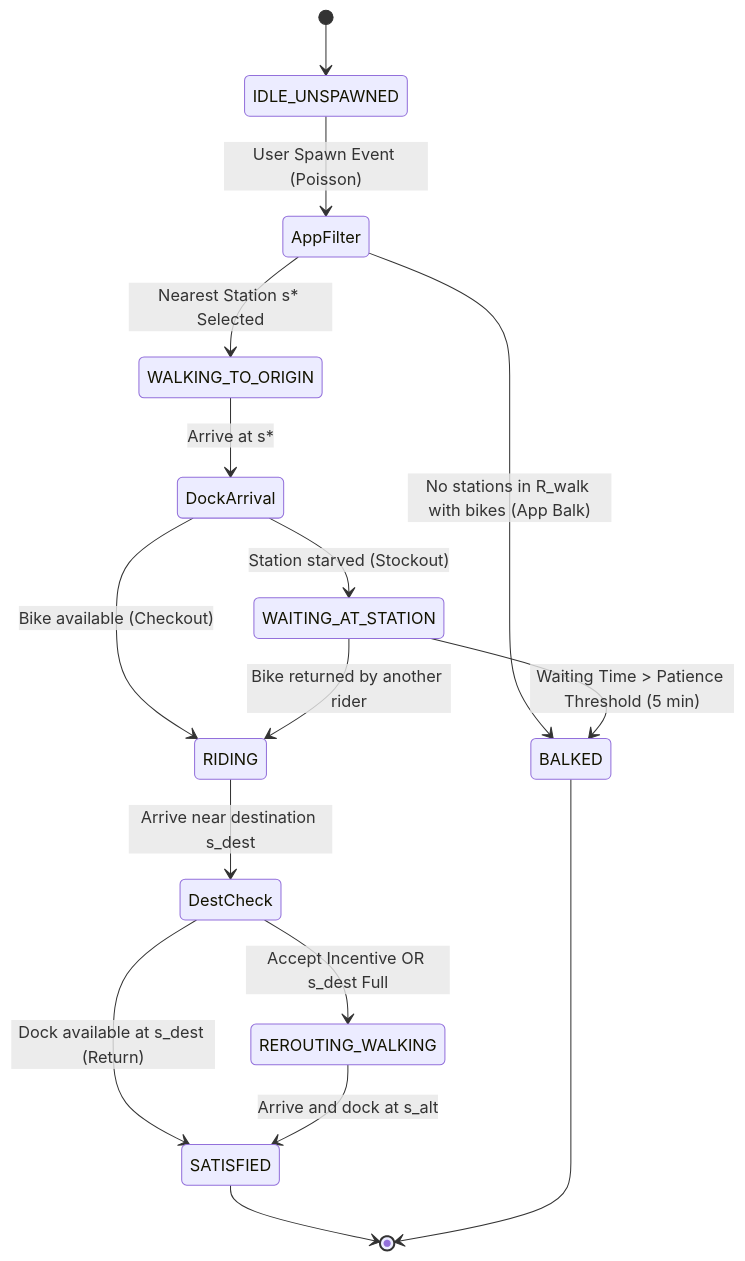
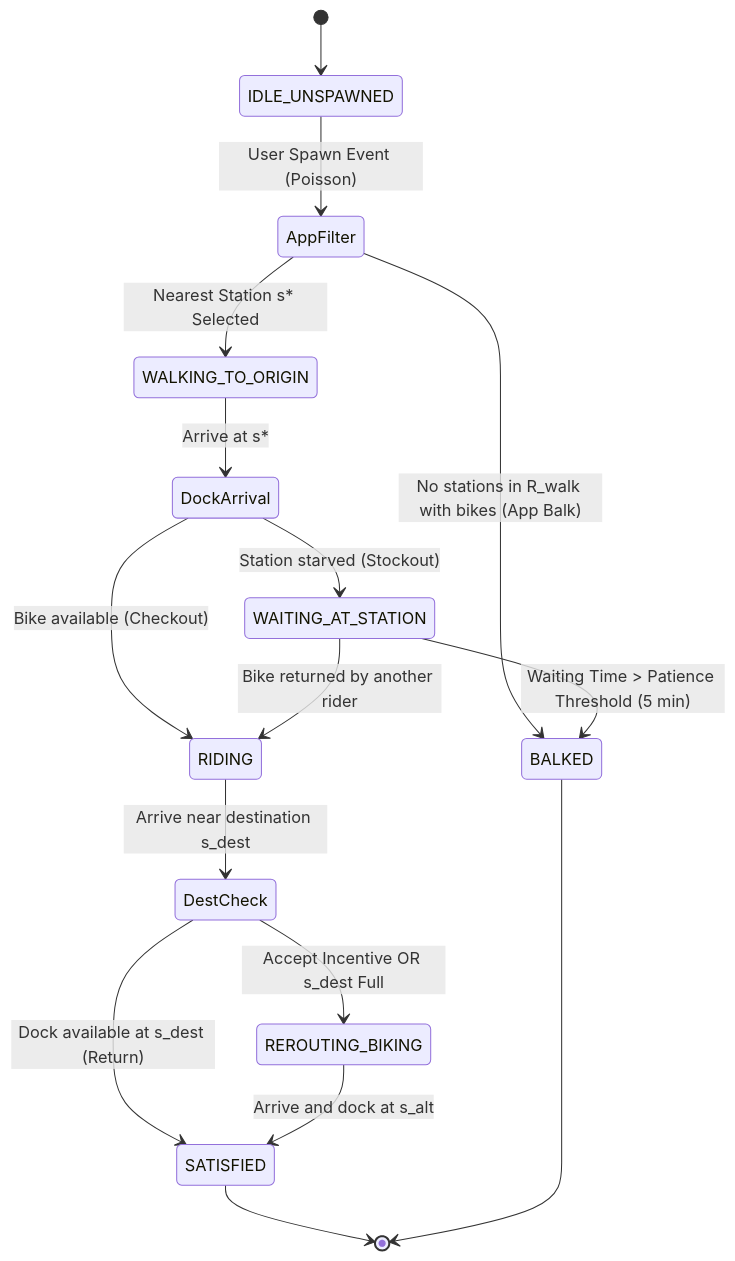
Before and after one commit to MateusGuerra7/MS--Bike_Sharing_System: the diagram in docs/SIMPLIFIED_blueprint.md, drawn with Mermaid. The commit also changed other lines of this file and 3 other files, not shown here.

Commit message:
fixed issue related to "REROUT Walking vs Biking", redefined the objective function taking that into account. Both blueprint and agents.py touched

````diff
--- a/docs/SIMPLIFIED_blueprint.md
+++ b/docs/SIMPLIFIED_blueprint.md
@@ -126,27 +134,27 @@
 ```mermaid
 stateDiagram-v2
     [*] --> IDLE_UNSPAWNED
     IDLE_UNSPAWNED --> AppFilter: User Spawn Event (Poisson)
     
     state AppFilter <<choice>>
     AppFilter --> BALKED: No stations in R_walk with bikes (App Balk)
     AppFilter --> WALKING_TO_ORIGIN: Nearest Station s* Selected
     
     WALKING_TO_ORIGIN --> DockArrival: Arrive at s*
     state DockArrival <<choice>>
     DockArrival --> RIDING: Bike available (Checkout)
     DockArrival --> WAITING_AT_STATION: Station starved (Stockout)
     
     WAITING_AT_STATION --> BALKED: Waiting Time > Patience Threshold (5 min)
     WAITING_AT_STATION --> RIDING: Bike returned by another rider
     
     RIDING --> DestCheck: Arrive near destination s_dest
     state DestCheck <<choice>>
-    DestCheck --> REROUTING_WALKING: Accept Incentive OR s_dest Full
+    DestCheck --> REROUTING_BIKING: Accept Incentive OR s_dest Full
     DestCheck --> SATISFIED: Dock available at s_dest (Return)
     
-    REROUTING_WALKING --> SATISFIED: Arrive and dock at s_alt
+    REROUTING_BIKING --> SATISFIED: Arrive and dock at s_alt
     
     SATISFIED --> [*]
     BALKED --> [*]
 ```
````
